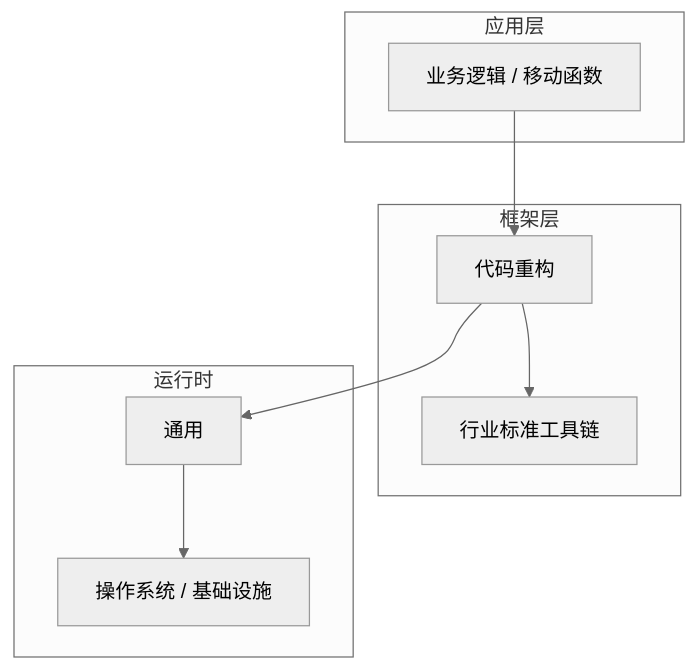
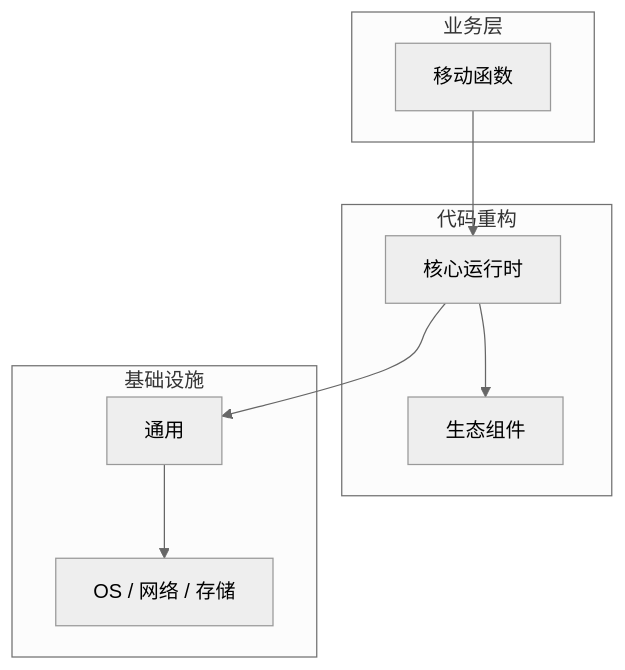
The diagram in articles/代码重构/chapters/037-移动函数核心概念与原理.md (yanggan2015/knowledge-json-v2), drawn with Mermaid (neutral theme) before and after one commit. The commit also changed other lines of this file and 10127 other files, not shown here.

````diff
--- a/articles/代码重构/chapters/037-移动函数核心概念与原理.md
+++ b/articles/代码重构/chapters/037-移动函数核心概念与原理.md
@@ -45,18 +34,18 @@
 ```mermaid
 graph TB
-    subgraph 应用层
-        A[业务逻辑 / 移动函数]
+    subgraph 业务层
+        A[移动函数]
     end
-    subgraph 框架层
-        B[代码重构]
-        C[行业标准工具链]
+    subgraph 代码重构
+        B[核心运行时]
+        C[生态组件]
     end
-    subgraph 运行时
+    subgraph 基础设施
         D[通用]
-        E[操作系统 / 基础设施]
+        E[OS / 网络 / 存储]
     end
     A --> B
     B --> C
     B --> D
     D --> E
 ```
````
